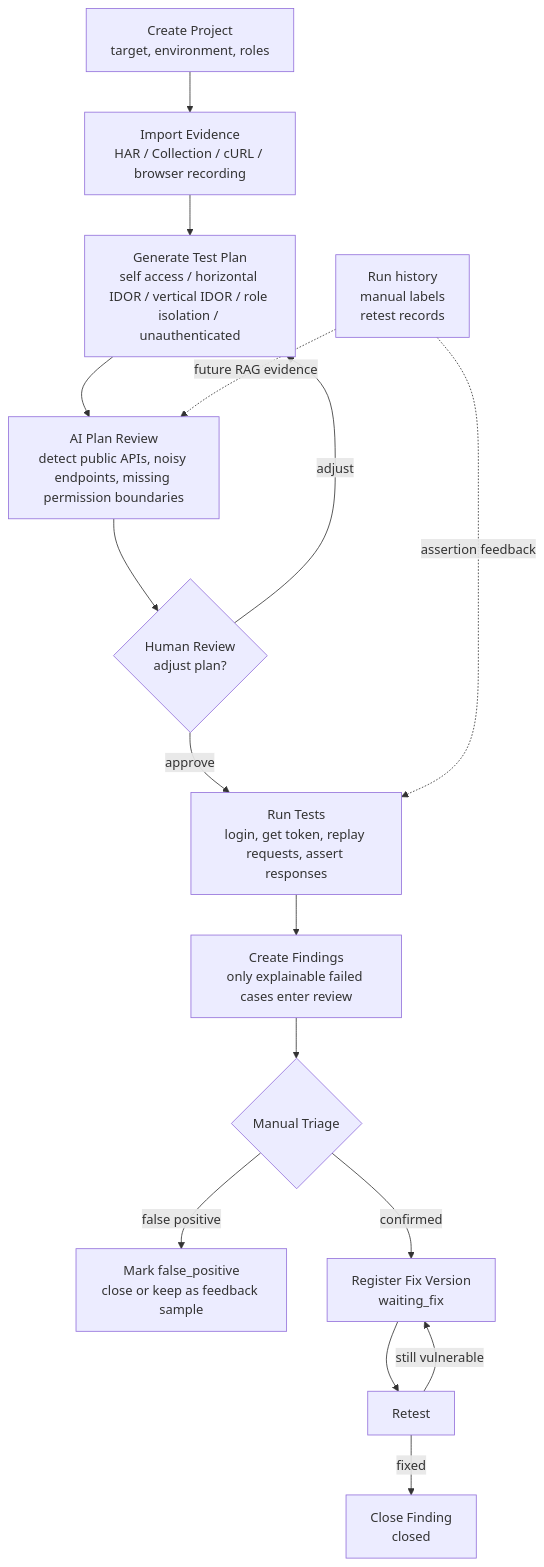
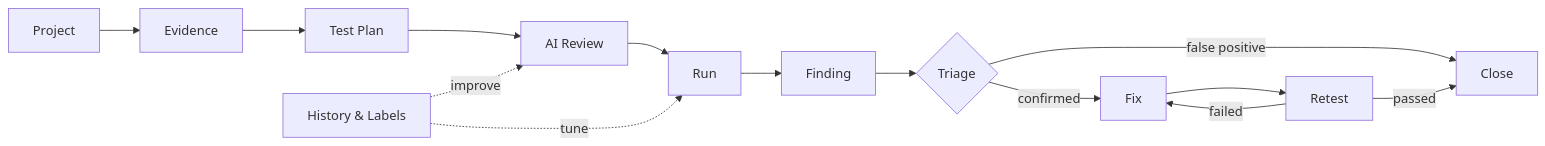
Before and after one commit to jiangchenbo666/idor-workbench: the diagram in README.md, drawn with Mermaid.

Commit message:
docs: compact workflow flowchart

````diff
--- a/README.md
+++ b/README.md
@@ -5,19 +5,17 @@
 ```mermaid
-flowchart TD
-    A[Create Project<br/>target, environment, roles] --> B[Import Evidence<br/>HAR / Collection / cURL / browser recording]
-    B --> C[Generate Test Plan<br/>self access / horizontal IDOR / vertical IDOR / role isolation / unauthenticated]
-    C --> D[AI Plan Review<br/>detect public APIs, noisy endpoints, missing permission boundaries]
-    D --> E{Human Review<br/>adjust plan?}
-    E -- adjust --> C
-    E -- approve --> F[Run Tests<br/>login, get token, replay requests, assert responses]
-    F --> G[Create Findings<br/>only explainable failed cases enter review]
-    G --> H{Manual Triage}
-    H -- false positive --> I[Mark false_positive<br/>close or keep as feedback sample]
-    H -- confirmed --> J[Register Fix Version<br/>waiting_fix]
-    J --> K[Retest]
-    K -- still vulnerable --> J
-    K -- fixed --> L[Close Finding<br/>closed]
+flowchart LR
+    A[Project] --> B[Evidence]
+    B --> C[Test Plan]
+    C --> D[AI Review]
+    D --> E[Run]
+    E --> F[Finding]
+    F --> G{Triage}
+    G -->|false positive| H[Close]
+    G -->|confirmed| I[Fix]
+    I --> J[Retest]
+    J -->|passed| H
+    J -->|failed| I
 
-    M[Run history<br/>manual labels<br/>retest records] -. future RAG evidence .-> D
-    M -. assertion feedback .-> F
+    K[History & Labels] -. improve .-> D
+    K -. tune .-> E
 ```
````
